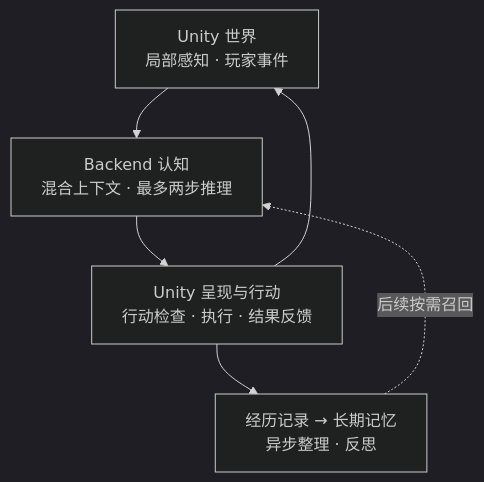
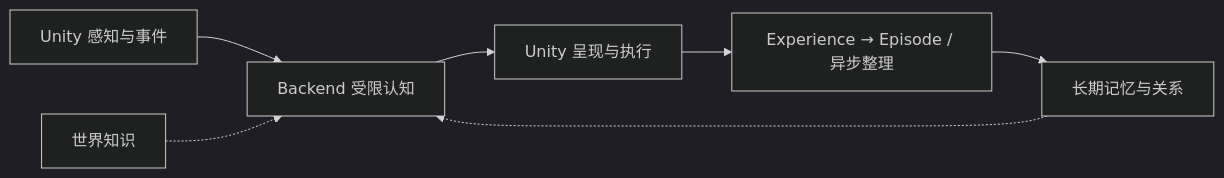
One commit to LYFshota/EmbodiedNPC changed the diagram in Docs/Images/architecture-overview.mmd. Above: the diagram before and after it, drawn with Mermaid (dark theme).

Commit message:
docs: polish system architecture diagram (Docs/Images/architecture-overview.mmd)

```diff
--- a/Docs/Images/architecture-overview.mmd
+++ b/Docs/Images/architecture-overview.mmd
@@ -1,6 +1,7 @@
-flowchart TD
-    W["Unity 世界<br/>局部感知 · 玩家事件"] --> C["Backend 认知<br/>混合上下文 · 最多两步推理"]
-    C --> A["Unity 呈现与行动<br/>行动检查 · 执行 · 结果反馈"]
-    A --> W
-    A --> M["经历记录 → 长期记忆<br/>异步整理 · 反思"]
-    M -.->|"后续按需召回"| C
+flowchart LR
+    U["Unity 感知与事件"] --> C["Backend 受限认知"]
+    C --> X["Unity 呈现与执行"]
+    K["世界知识"] -.-> C
+    M["长期记忆与关系"] -.-> C
+    X --> E["Experience → Episode / 异步整理"]
+    E --> M
```
